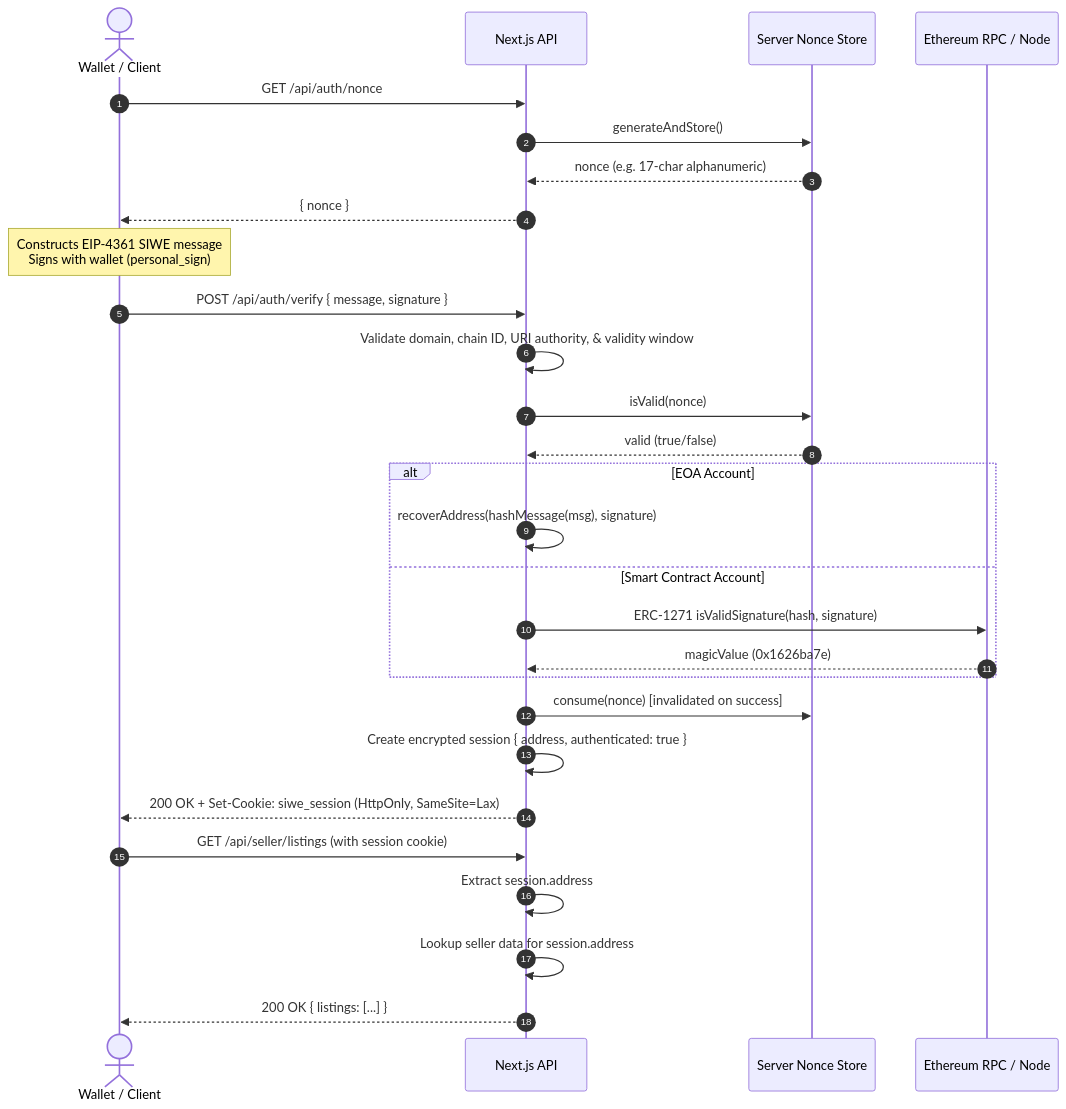
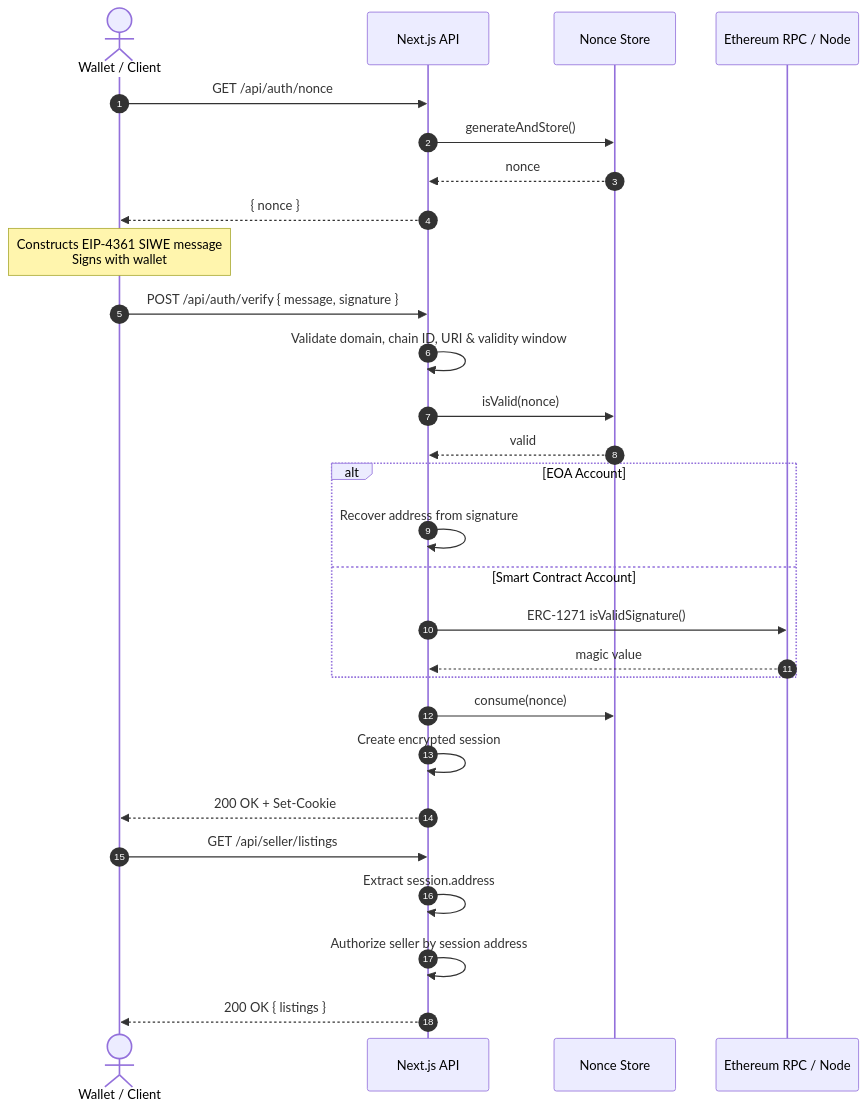
Before and after one commit to rounakkm/siwe-auth: the diagram in README.md, drawn with Mermaid. The commit also changed other lines of this file, not shown here.

````diff
--- a/README.md
+++ b/README.md
@@ -19,36 +30,37 @@
 ```mermaid
 sequenceDiagram
     autonumber
     actor User as Wallet / Client
     participant Server as Next.js API
-    participant Store as Server Nonce Store
+    participant Store as Nonce Store
     participant Chain as Ethereum RPC / Node
 
     User->>Server: GET /api/auth/nonce
     Server->>Store: generateAndStore()
-    Store-->>Server: nonce (e.g. 17-char alphanumeric)
+    Store-->>Server: nonce
     Server-->>User: { nonce }
 
-    Note over User: Constructs EIP-4361 SIWE message<br/>Signs with wallet (personal_sign)
+    Note over User: Constructs EIP-4361 SIWE message<br/>Signs with wallet
 
     User->>Server: POST /api/auth/verify { message, signature }
-    Server->>Server: Validate domain, chain ID, URI authority, & validity window
+
+    Server->>Server: Validate domain, chain ID, URI & validity window
     Server->>Store: isValid(nonce)
-    Store-->>Server: valid (true/false)
+    Store-->>Server: valid
 
     alt EOA Account
-        Server->>Server: recoverAddress(hashMessage(msg), signature)
+        Server->>Server: Recover address from signature
     else Smart Contract Account
-        Server->>Chain: ERC-1271 isValidSignature(hash, signature)
-        Chain-->>Server: magicValue (0x1626ba7e)
+        Server->>Chain: ERC-1271 isValidSignature()
+        Chain-->>Server: magic value
     end
 
-    Server->>Store: consume(nonce) [invalidated on success]
-    Server->>Server: Create encrypted session { address, authenticated: true }
-    Server-->>User: 200 OK + Set-Cookie: siwe_session (HttpOnly, SameSite=Lax)
+    Server->>Store: consume(nonce)
+    Server->>Server: Create encrypted session
+    Server-->>User: 200 OK + Set-Cookie
 
-    User->>Server: GET /api/seller/listings (with session cookie)
+    User->>Server: GET /api/seller/listings
     Server->>Server: Extract session.address
-    Server->>Server: Lookup seller data for session.address
-    Server-->>User: 200 OK { listings: [...] }
+    Server->>Server: Authorize seller by session address
+    Server-->>User: 200 OK { listings }
 ```
````
